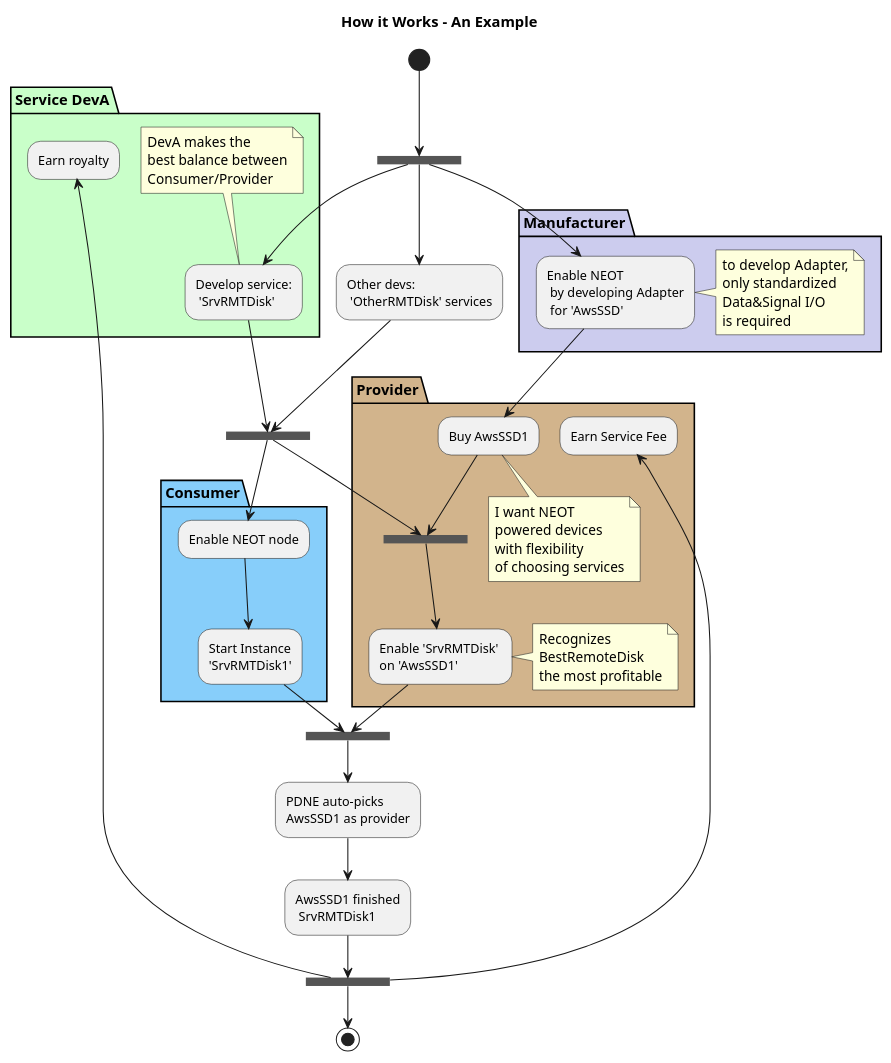
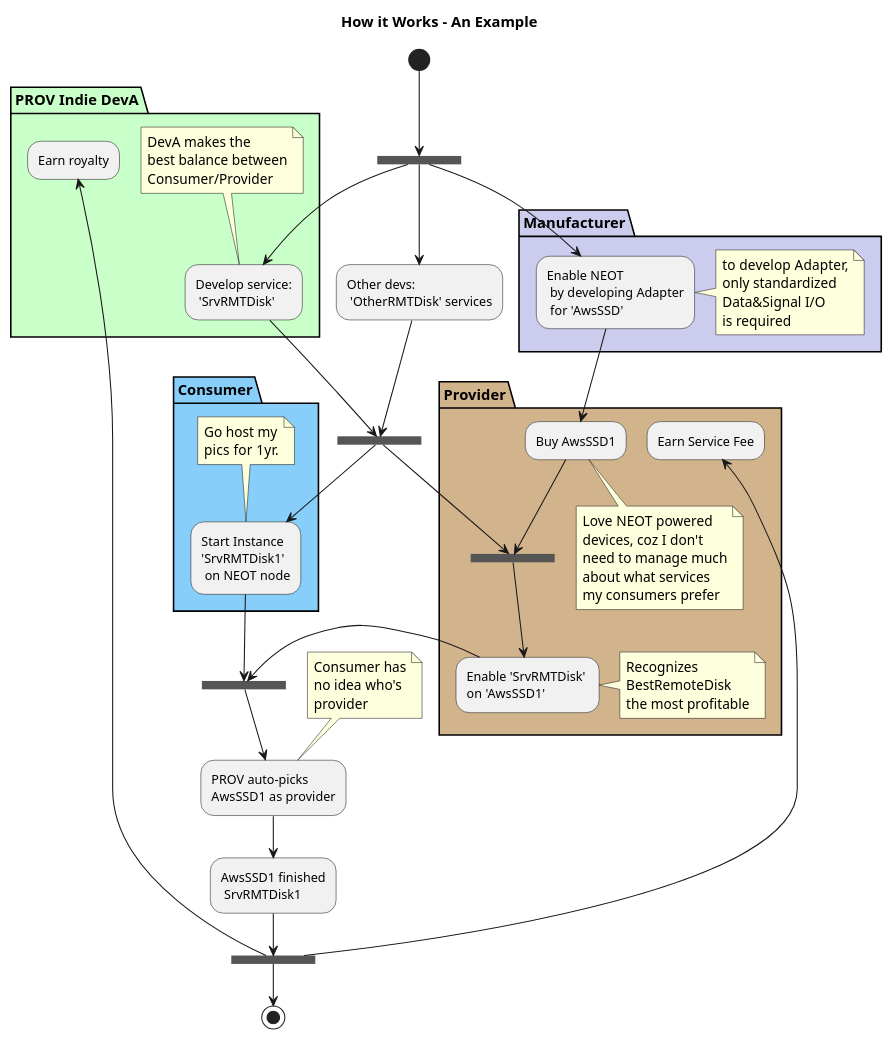
Before and after one commit to NEOCompToronto/NEOCompetition: the diagram in PlantUML/Example.wsd, drawn with PlantUML. The commit also changed 3 other files, not shown here.

```diff
--- a/PlantUML/Example.wsd
+++ b/PlantUML/Example.wsd
@@ -1,70 +1,79 @@
 @startuml
 
 title How it Works - An Example 
 
 (*) --> ===BStart=== 
 partition Manufacturer #CCCCEE{
     --> "Enable NEOT\n by developing Adapter\n for 'AwsSSD'"
     note right
     to develop Adapter,
     only standardized
     Data&Signal I/O
     is required
     end note
 }
 
 partition Provider {
     --> Buy AwsSSD1 
     note bottom
-    I want NEOT 
-    powered devices
-    with flexibility
-    of choosing services
+    Love NEOT powered
+    devices, coz I don't
+    need to manage much
+    about what services
+    my consumers prefer
     end note
     --> ===BManuDeploy===
     -->"Enable 'SrvRMTDisk' \non 'AwsSSD1'"
     note right
     Recognizes 
     BestRemoteDisk
     the most profitable
     end note
     
 }
 
 --> ===BService===
 
-partition "Service DevA" #TECHNOLOGY{
+partition "PROV Indie DevA" #TECHNOLOGY{
     ===BStart=== --> "Develop service:\n 'SrvRMTDisk'"
     note top
     DevA makes the
     best balance between
     Consumer/Provider
     end note
 }
 
 --> ===BDev=== 
 --> ===BManuDeploy===
 ===BStart=== --> "Other devs:\n 'OtherRMTDisk' services"
 --> ===BDev=== 
 
 
 
 partition Consumer #LightSkyBlue{
-    ===BDev===  -->Enable NEOT node
-    --> "Start Instance\n'SrvRMTDisk1'"
+    ===BDev===  --> "Start Instance\n'SrvRMTDisk1'\n on NEOT node"
+    note top
+    Go host my
+    pics for 1yr.
+    end note
 }
 --> ===BService===
---> "PDNE auto-picks\nAwsSSD1 as provider"
+--> "PROV auto-picks\nAwsSSD1 as provider"
+note top
+    Consumer has
+    no idea who's
+    provider
+end note
 --> "AwsSSD1 finished\n SrvRMTDisk1"
 --> ===BSuccess===
 
 partition Provider #TAN{
     ===BSuccess=== --> Earn Service Fee
 }
-partition "Service DevA" {
+partition "PROV Indie DevA" {
     ===BSuccess=== --> Earn royalty
 }
 
 ===BSuccess=== --> (*)
 
 @enduml
```
